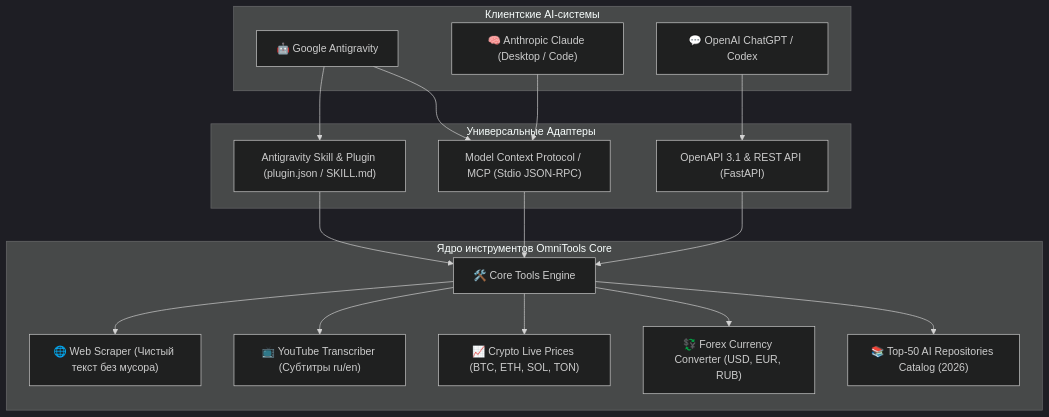
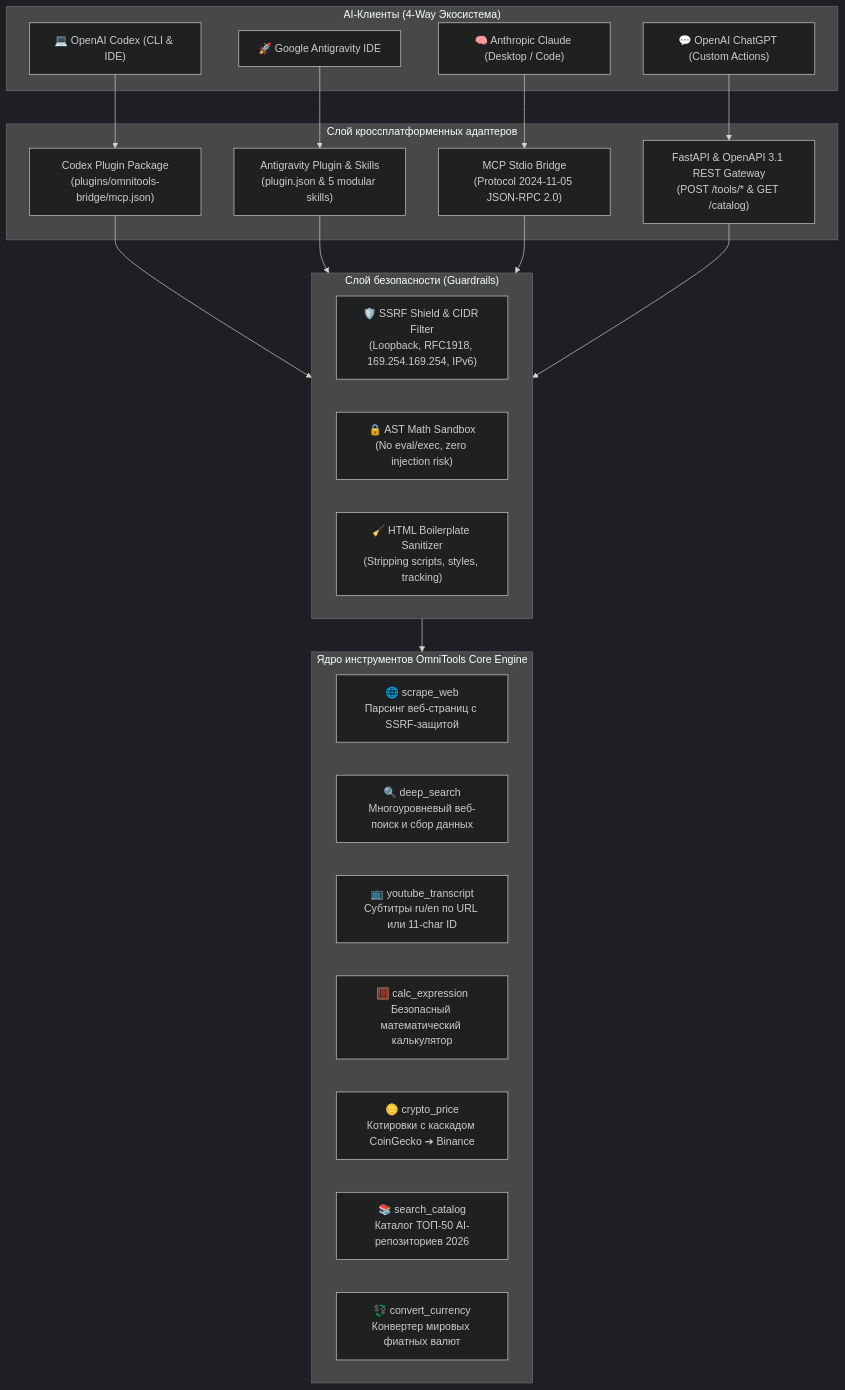
Before and after one commit to Bexruz-cell/universal-ai-tools-hub: the diagram in README.md, drawn with Mermaid (dark theme). The commit also changed other lines of this file and 45 other files, not shown here.

First line of the commit message:
feat(core): certified 4-way AI bridge for Codex, Antigravity, Claude and ChatGPT

````diff
--- a/README.md
+++ b/README.md
@@ -23,30 +35,40 @@
 ```mermaid
 flowchart TD
-    subgraph Clients ["Клиентские AI-системы"]
-        C1["🤖 Google Antigravity"]
-        C2["🧠 Anthropic Claude (Desktop / Code)"]
-        C3["💬 OpenAI ChatGPT / Codex"]
+    subgraph Clients ["AI-Клиенты (4-Way Экосистема)"]
+        C1["💻 OpenAI Codex (CLI & IDE)"]
+        C2["🚀 Google Antigravity IDE"]
+        C3["🧠 Anthropic Claude (Desktop / Code)"]
+        C4["💬 OpenAI ChatGPT (Custom Actions)"]
     end
 
-    subgraph Adapters ["Универсальные Адаптеры"]
-        A1["Antigravity Skill & Plugin (plugin.json / SKILL.md)"]
-        A2["Model Context Protocol / MCP (Stdio JSON-RPC)"]
-        A3["OpenAPI 3.1 & REST API (FastAPI)"]
+    subgraph Adapters ["Слой кроссплатформенных адаптеров"]
+        A1["Codex Plugin Package\n(plugins/omnitools-bridge/mcp.json)"]
+        A2["Antigravity Plugin & Skills\n(plugin.json & 5 modular skills)"]
+        A3["MCP Stdio Bridge\n(Protocol 2024-11-05 JSON-RPC 2.0)"]
+        A4["FastAPI & OpenAPI 3.1 REST Gateway\n(POST /tools/* & GET /catalog)"]
     end
 
-    subgraph Core ["Ядро инструментов OmniTools Core"]
-        CoreEngine["🛠️ Core Tools Engine"]
-        T1["🌐 Web Scraper (Чистый текст без мусора)"]
-        T2["📺 YouTube Transcriber (Субтитры ru/en)"]
-        T3["📈 Crypto Live Prices (BTC, ETH, SOL, TON)"]
-        T4["💱 Forex Currency Converter (USD, EUR, RUB)"]
-        T5["📚 Top-50 AI Repositories Catalog (2026)"]
+    subgraph Security ["Слой безопасности (Guardrails)"]
+        SSRF["🛡️ SSRF Shield & CIDR Filter\n(Loopback, RFC1918, 169.254.169.254, IPv6)"]
+        AST["🔒 AST Math Sandbox\n(No eval/exec, zero injection risk)"]
+        Dedupe["🧹 HTML Boilerplate Sanitizer\n(Stripping scripts, styles, tracking)"]
     end
 
-    C1 --> A1 & A2
+    subgraph Core ["Ядро инструментов OmniTools Core Engine"]
+        T1["🌐 scrape_web\nПарсинг веб-страниц с SSRF-защитой"]
+        T2["🔍 deep_search\nМногоуровневый веб-поиск и сбор данных"]
+        T3["📺 youtube_transcript\nСубтитры ru/en по URL или 11-char ID"]
+        T4["🧮 calc_expression\nБезопасный математический калькулятор"]
+        T5["🪙 crypto_price\nКотировки с каскадом CoinGecko ➔ Binance"]
+        T6["📚 search_catalog\nКаталог ТОП-50 AI-репозиториев 2026"]
+        T7["💱 convert_currency\nКонвертер мировых фиатных валют"]
+    end
+
+    C1 --> A1
     C2 --> A2
     C3 --> A3
+    C4 --> A4
 
-    A1 & A2 & A3 --> CoreEngine
-    CoreEngine --> T1 & T2 & T3 & T4 & T5
+    A1 & A2 & A3 & A4 --> Security
+    Security --> Core
 ```
````
